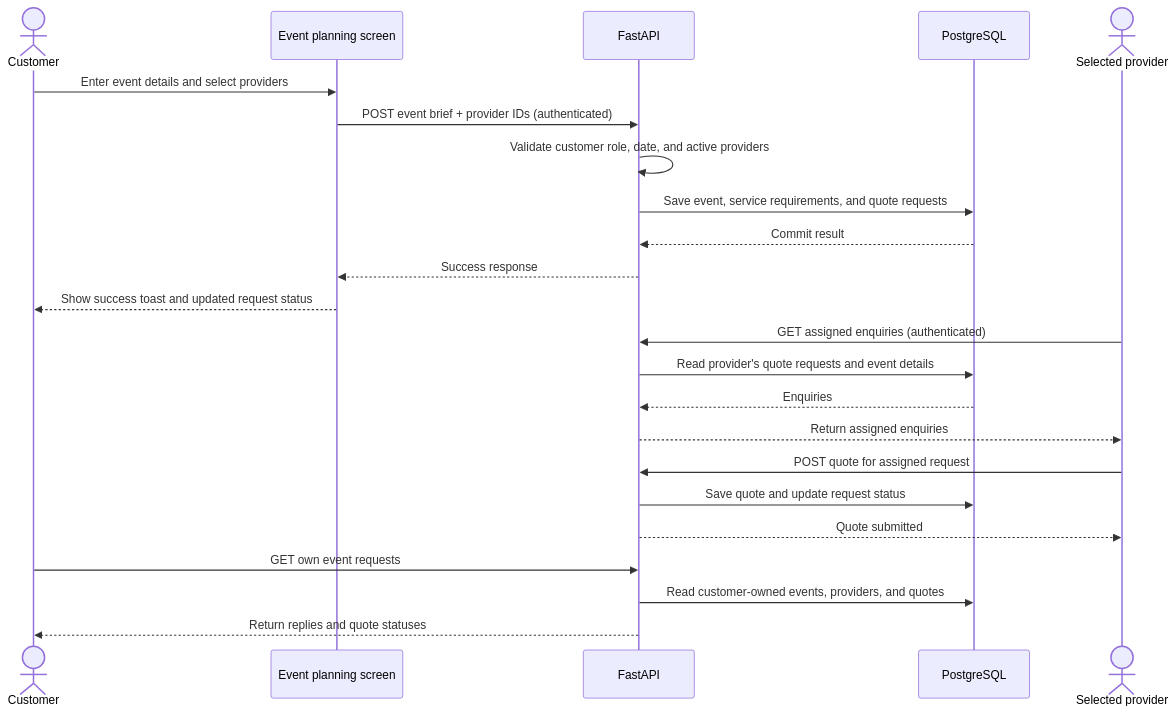
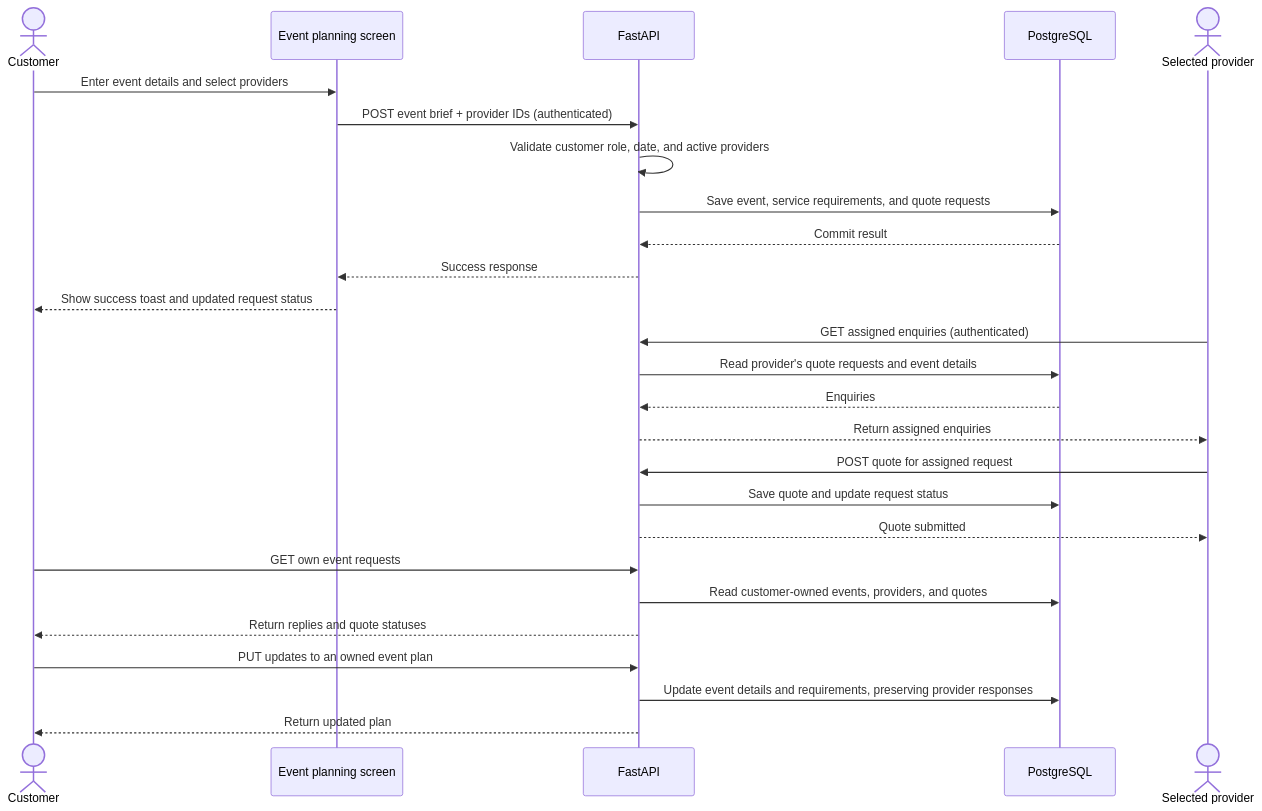
One commit to nirajkumar61Verma/EventHub changed the second of 2 diagrams in eventhub_complete_next/eventhub_complete_next/docs/eventhub-product-spec.md. Above: the diagram before and after it, drawn with Mermaid. The commit also changed other lines of this file and 17 other files, not shown here.

````diff
--- a/eventhub_complete_next/eventhub_complete_next/docs/eventhub-product-spec.md
+++ b/eventhub_complete_next/eventhub_complete_next/docs/eventhub-product-spec.md
@@ -116,26 +119,29 @@
 ```mermaid
 sequenceDiagram
     actor C as Customer
     participant UI as Event planning screen
     participant API as FastAPI
     participant DB as PostgreSQL
     actor P as Selected provider
 
     C->>UI: Enter event details and select providers
     UI->>API: POST event brief + provider IDs (authenticated)
     API->>API: Validate customer role, date, and active providers
     API->>DB: Save event, service requirements, and quote requests
     DB-->>API: Commit result
     API-->>UI: Success response
     UI-->>C: Show success toast and updated request status
     P->>API: GET assigned enquiries (authenticated)
     API->>DB: Read provider's quote requests and event details
     DB-->>API: Enquiries
     API-->>P: Return assigned enquiries
     P->>API: POST quote for assigned request
     API->>DB: Save quote and update request status
     API-->>P: Quote submitted
     C->>API: GET own event requests
     API->>DB: Read customer-owned events, providers, and quotes
     API-->>C: Return replies and quote statuses
+    C->>API: PUT updates to an owned event plan
+    API->>DB: Update event details and requirements, preserving provider responses
+    API-->>C: Return updated plan
 ```
````
